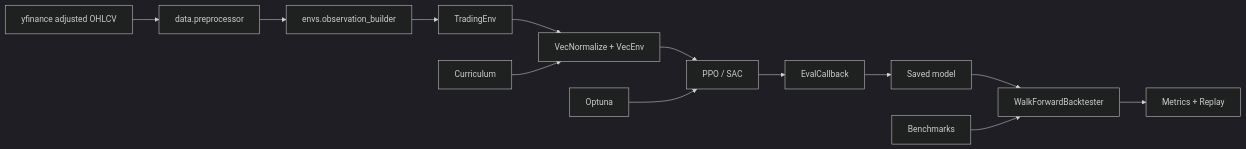
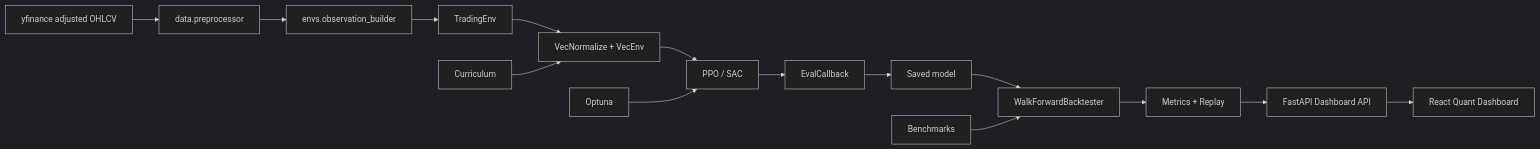
Before and after one commit to Ghalaxxx/Deep-RL-Trading-Agent: the diagram in docs/ARCHITECTURE.md, drawn with Mermaid (dark theme). The commit also changed other lines of this file and 25 other files, not shown here.

Commit message:
Add quant dashboard product layer

````diff
--- a/docs/ARCHITECTURE.md
+++ b/docs/ARCHITECTURE.md
@@ -5,15 +5,17 @@
 ```mermaid
 flowchart LR
   A["yfinance adjusted OHLCV"] --> B["data.preprocessor"]
   B --> C["envs.observation_builder"]
   C --> D["TradingEnv"]
   D --> E["VecNormalize + VecEnv"]
   E --> F["PPO / SAC"]
   F --> G["EvalCallback"]
   G --> H["Saved model"]
   H --> I["WalkForwardBacktester"]
   I --> J["Metrics + Replay"]
+  J --> N["FastAPI Dashboard API"]
+  N --> O["React Quant Dashboard"]
   K["Benchmarks"] --> I
   L["Optuna"] --> F
   M["Curriculum"] --> E
 ```
````
